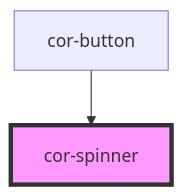
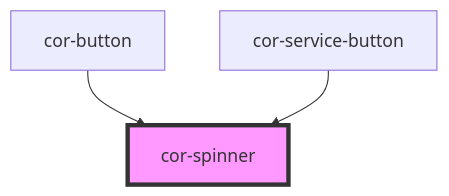
One commit to egov-moldova/design-system changed the diagram in src/components/cor-spinner/readme.md. Above: the diagram before and after it, drawn with Mermaid. The commit also changed other lines of this file and 44 other files, not shown here.

First line of the commit message:
feat: add cor-logo and cor-service-button components

````diff
--- a/src/components/cor-spinner/readme.md
+++ b/src/components/cor-spinner/readme.md
@@ -31,5 +32,6 @@
 ```mermaid
 graph TD;
   cor-button --> cor-spinner
+  cor-service-button --> cor-spinner
   style cor-spinner fill:#f9f,stroke:#333,stroke-width:4px
 ```
````
